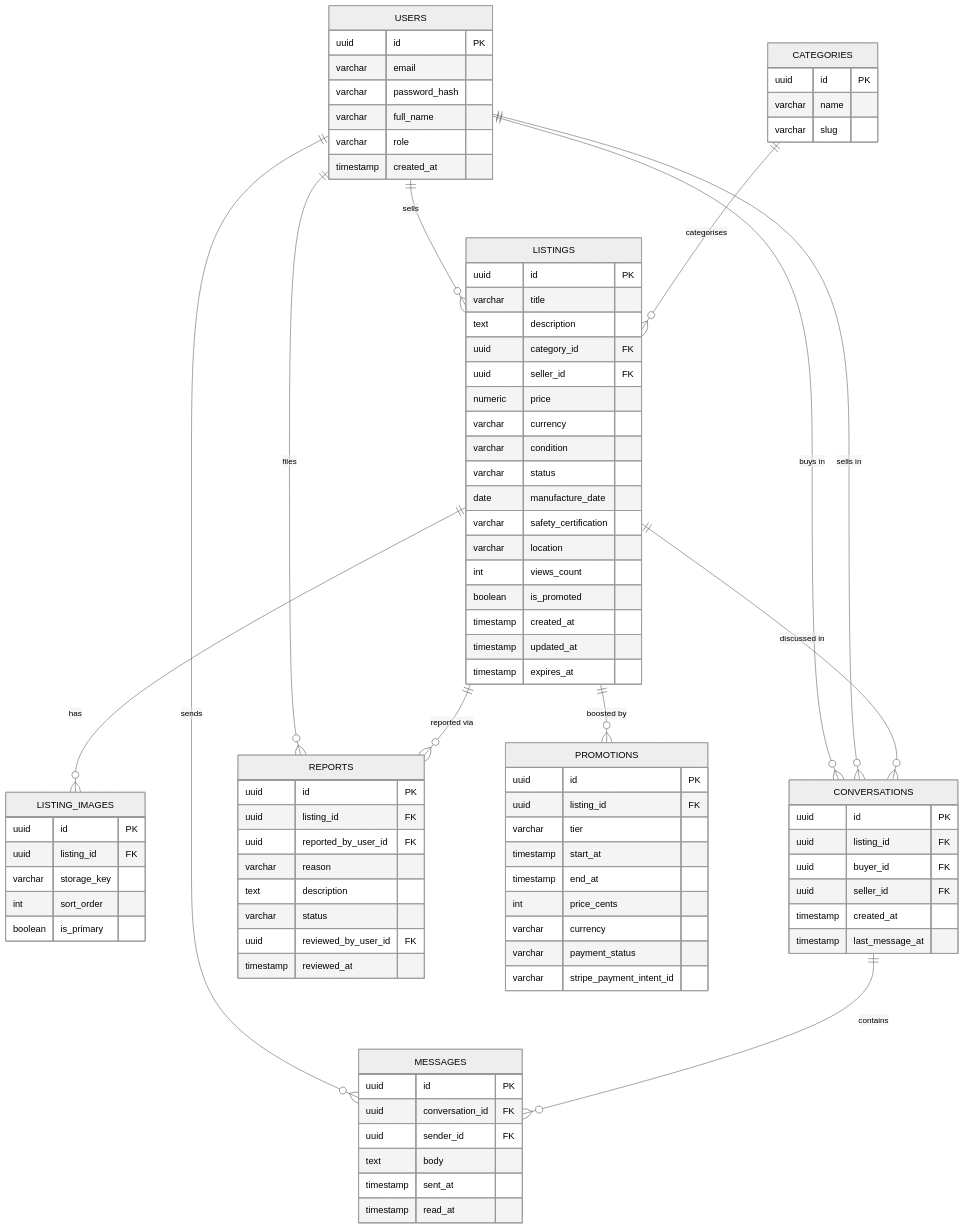
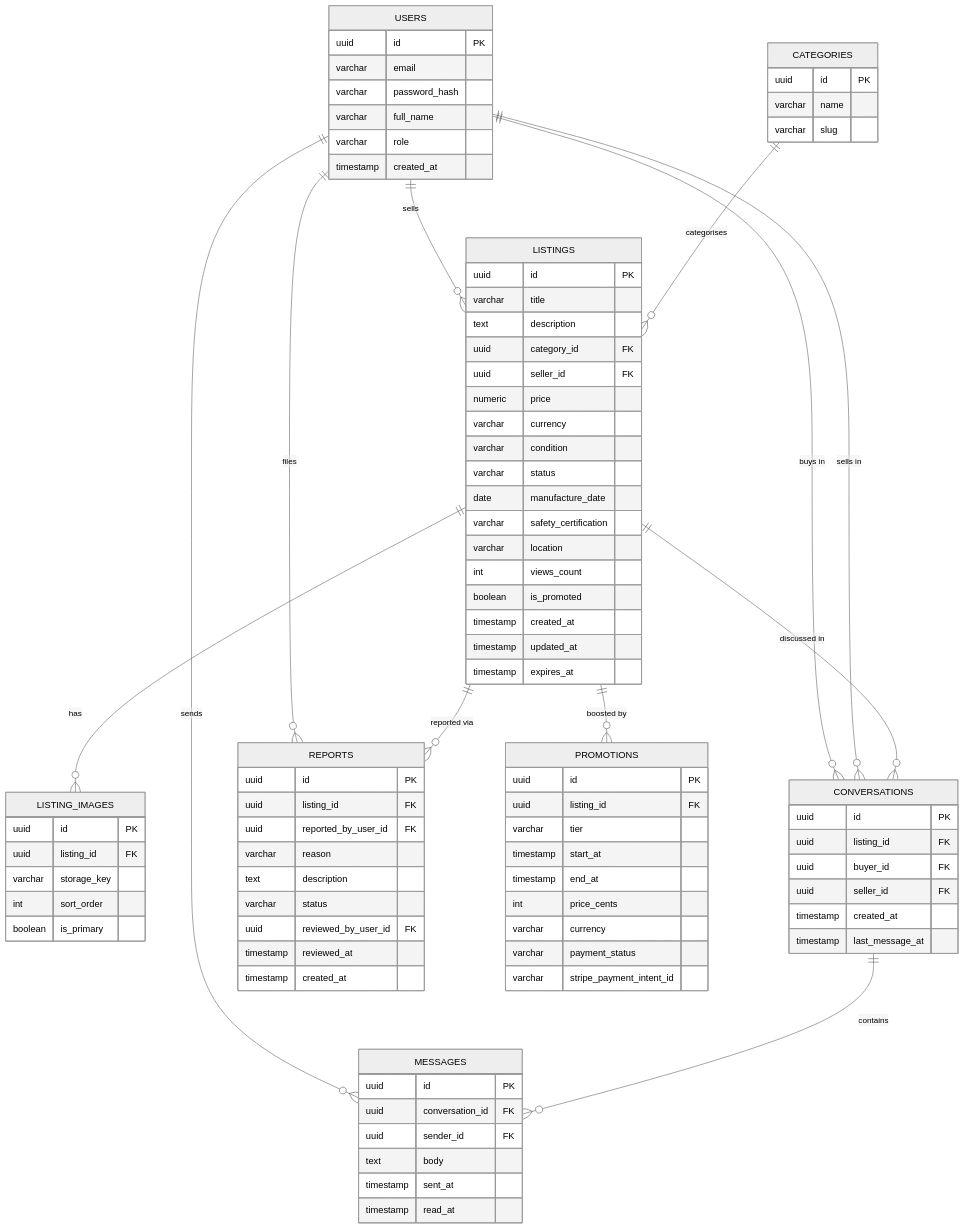
One commit to Matias014/alpine-gear-hub changed the diagram in README.md. Above: the diagram before and after it, drawn with Mermaid (neutral theme). The commit also changed 30 other files, not shown here.

```diff
--- a/README.md
+++ b/README.md
@@ -191,6 +191,7 @@
         varchar status
         uuid reviewed_by_user_id FK
         timestamp reviewed_at
+        timestamp created_at
     }
     PROMOTIONS {
         uuid id PK
```
